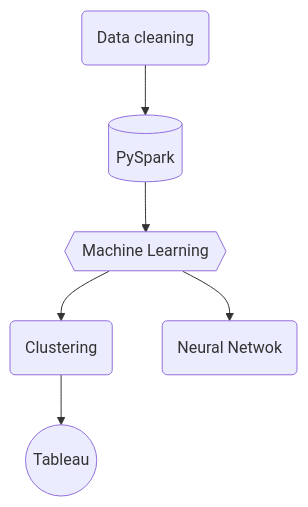
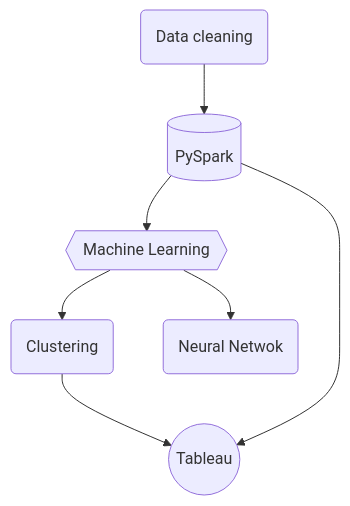
One commit to wingylui/housing_price_anaylsis changed the first of 2 diagrams in README.md. Above: the diagram before and after it, drawn with Mermaid.

````diff
--- a/README.md
+++ b/README.md
@@ -16,5 +16,6 @@
 ```mermaid
 flowchart TD
     main(Data cleaning) --> db[(PySpark)]--> id3{{Machine Learning}} --> id4(Clustering) --> dv((Tableau))
     id3{{Machine Learning}} --> id5(Neural Netwok)
+    db[(PySpark)] --> dv((Tableau))
 ```
````
